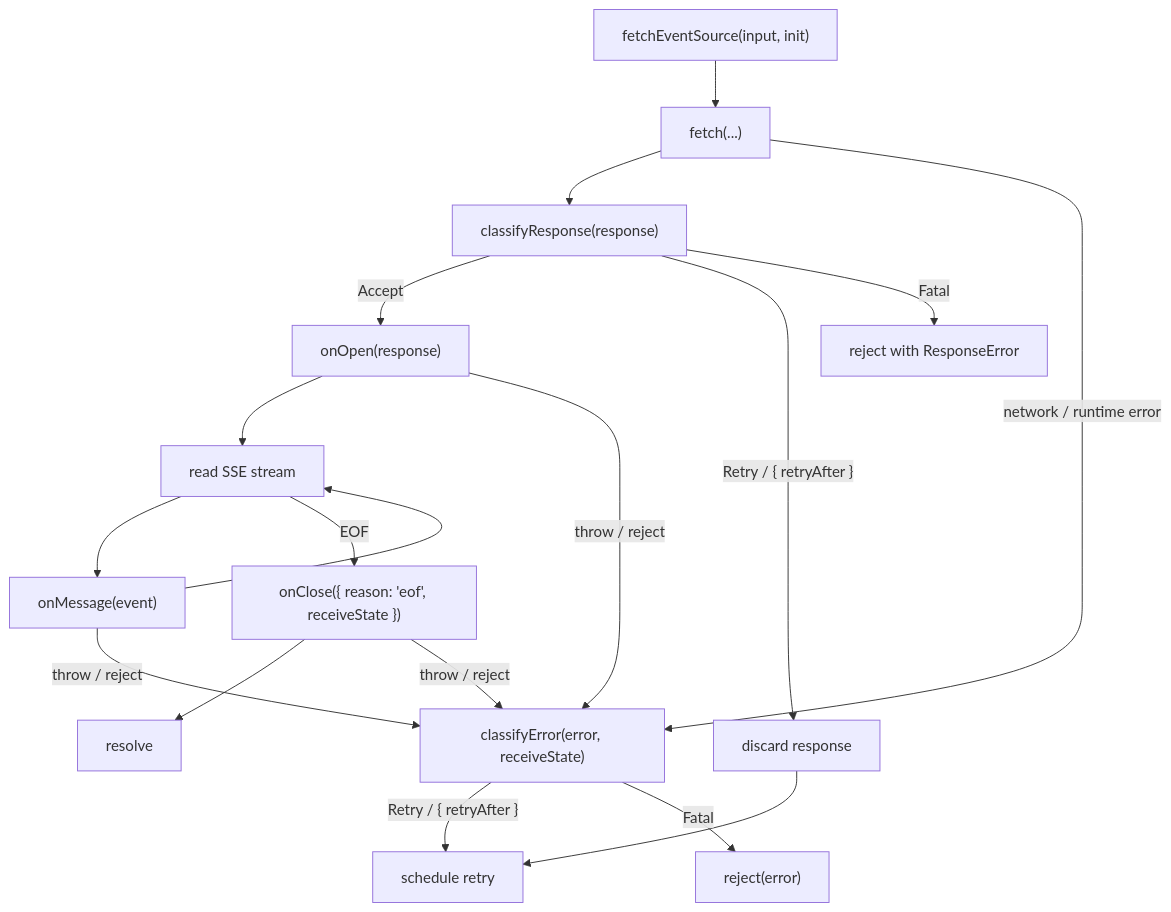
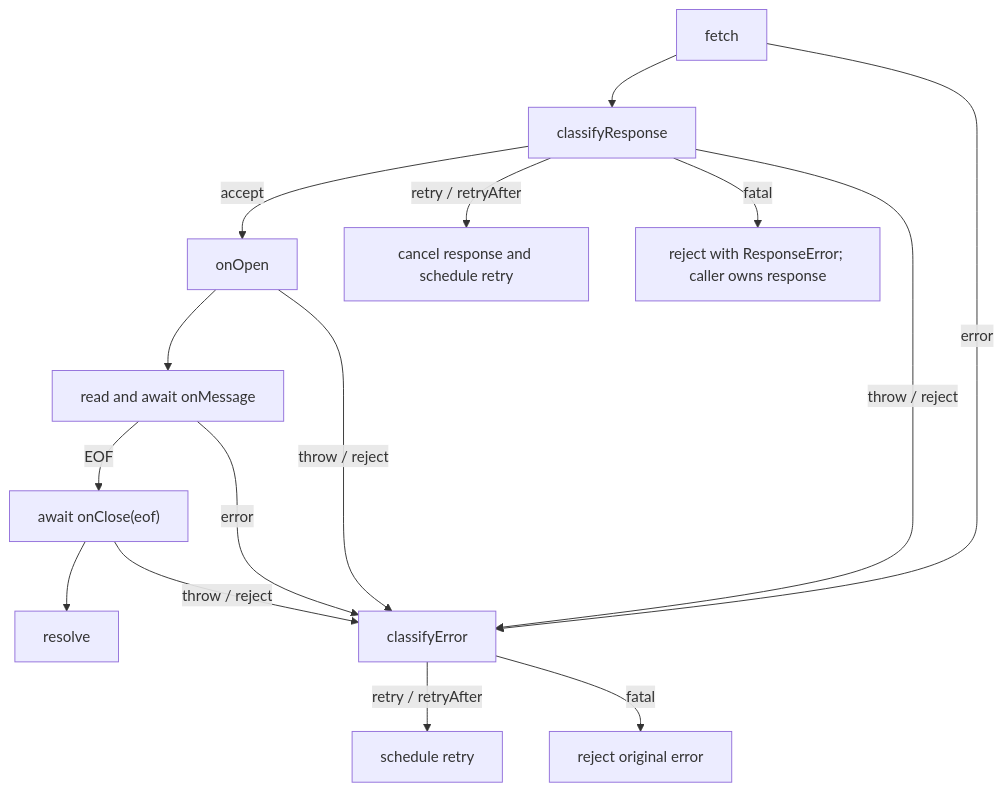
The diagram in README.md (AIEPhoenix/modern-fetch-stream), drawn with Mermaid before and after one commit. The commit also changed other lines of this file and 5 other files, not shown here.

````diff
--- a/README.md
+++ b/README.md
@@ -117,20 +89,17 @@
 ```mermaid
 flowchart TD
-    A["fetchEventSource(input, init)"] --> B["fetch(...)"]
-    B --> C["classifyResponse(response)"]
-    C -->|"Accept"| D["onOpen(response)"]
-    C -->|"Retry / { retryAfter }"| E["discard response"]
-    E --> F["schedule retry"]
-    C -->|"Fatal"| G["reject with ResponseError"]
-    D --> H["read SSE stream"]
-    H --> I["onMessage(event)"]
-    I --> H
-    H -->|"EOF"| J["onClose({ reason: 'eof', receiveState })"]
-    J --> K["resolve"]
-    B -->|"network / runtime error"| L["classifyError(error, receiveState)"]
-    D -->|"throw / reject"| L
-    I -->|"throw / reject"| L
-    J -->|"throw / reject"| L
-    L -->|"Retry / { retryAfter }"| F
-    L -->|"Fatal"| M["reject(error)"]
+    A["fetch"] --> B["classifyResponse"]
+    B -->|"accept"| C["onOpen"]
+    B -->|"retry / retryAfter"| D["cancel response and schedule retry"]
+    B -->|"fatal"| E["reject with ResponseError; caller owns response"]
+    C --> F["read and await onMessage"]
+    F -->|"EOF"| G["await onClose(eof)"]
+    G --> H["resolve"]
+    A -->|"error"| I["classifyError"]
+    B -->|"throw / reject"| I
+    C -->|"throw / reject"| I
+    F -->|"error"| I
+    G -->|"throw / reject"| I
+    I -->|"retry / retryAfter"| J["schedule retry"]
+    I -->|"fatal"| K["reject original error"]
 ```
````
